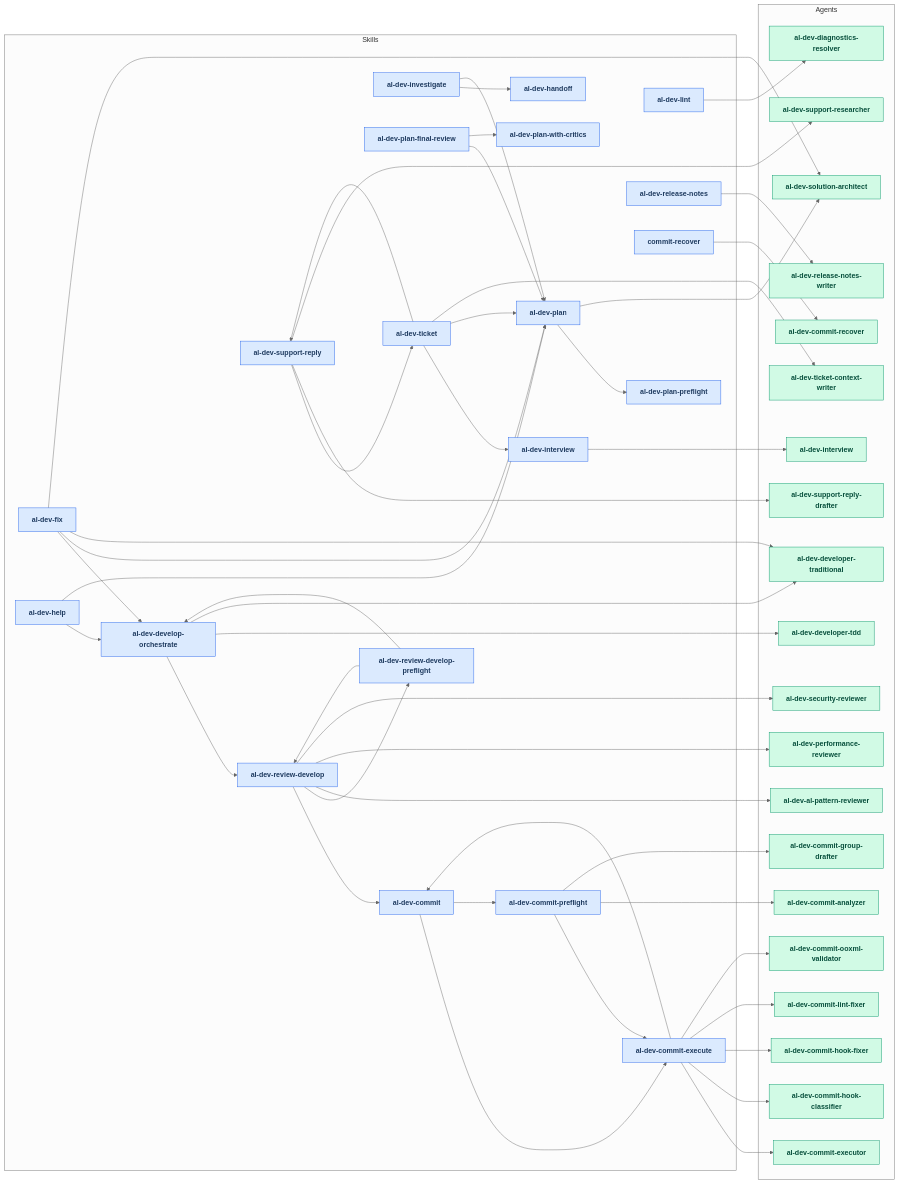
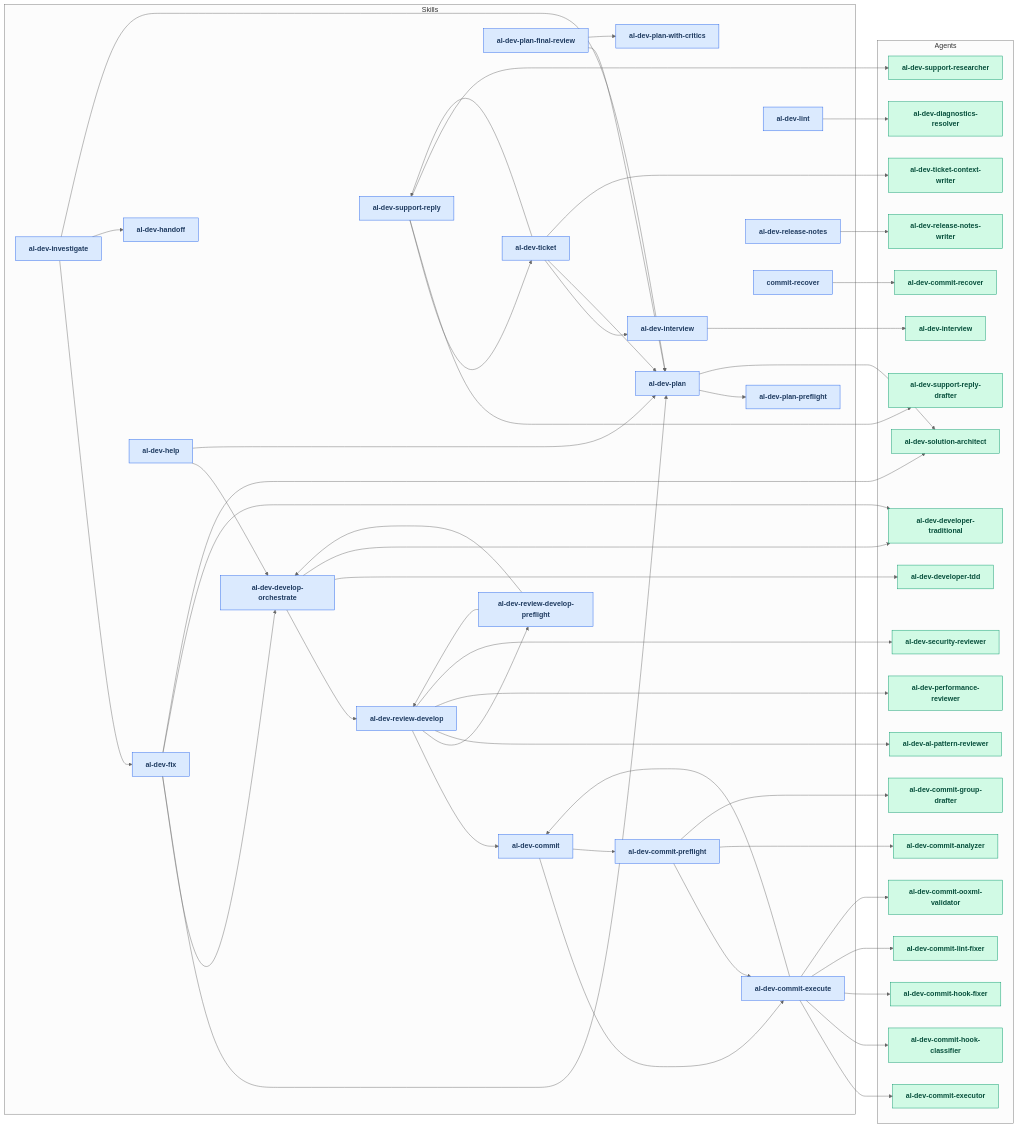
Before and after one commit to russell-laing/al-dev-shared: the first of 2 diagrams in docs/al-dev-workflow-diagrams.md, drawn with Mermaid (neutral theme). The commit also changed 3 other files, not shown here.

```diff
--- a/docs/al-dev-workflow-diagrams.md
+++ b/docs/al-dev-workflow-diagrams.md
@@ -65,6 +65,7 @@
     skill_al_dev_fix --> skill_al_dev_plan
     skill_al_dev_help --> skill_al_dev_develop_orchestrate
     skill_al_dev_help --> skill_al_dev_plan
+    skill_al_dev_investigate --> skill_al_dev_fix
     skill_al_dev_investigate --> skill_al_dev_handoff
     skill_al_dev_investigate --> skill_al_dev_plan
     skill_al_dev_plan --> skill_al_dev_plan_preflight
```
